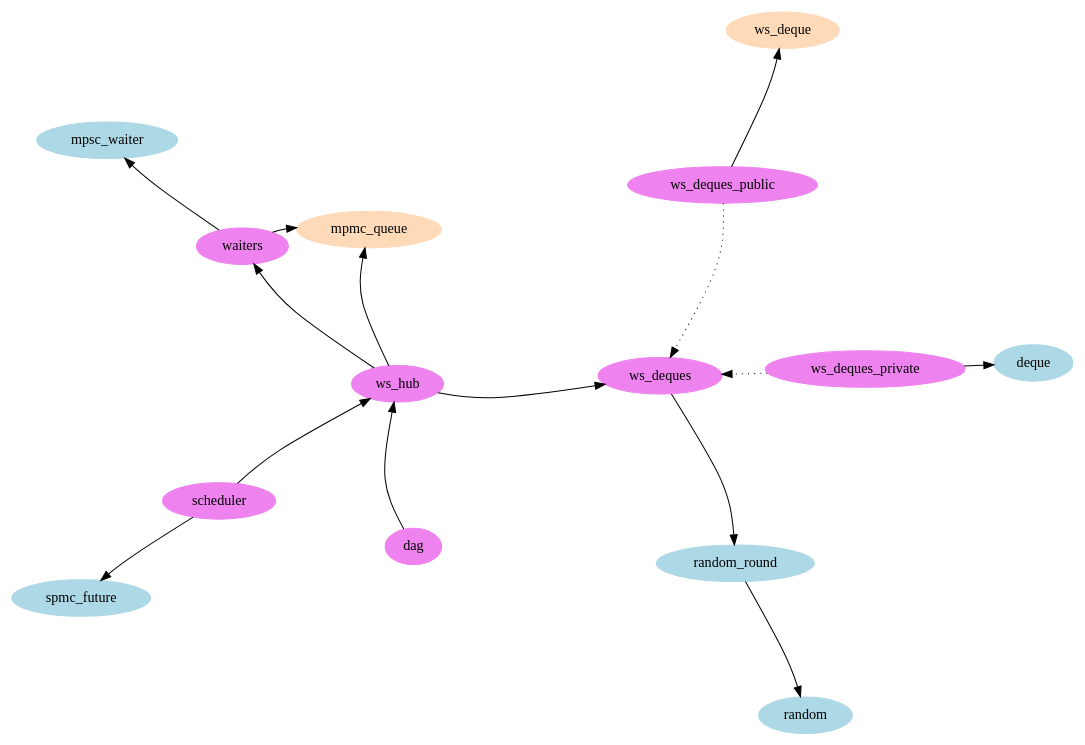
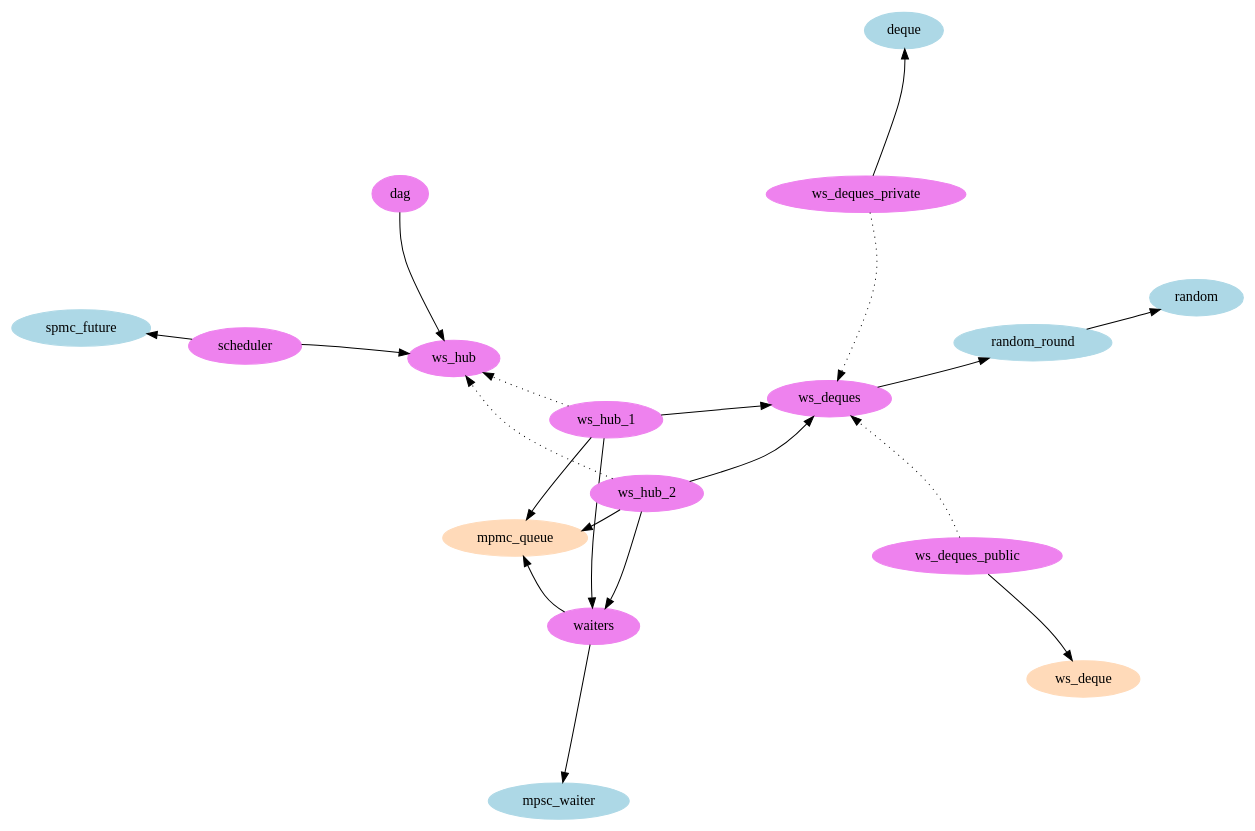
The diagram in doc/parabstr.dot (clef-men/zoo), drawn with Graphviz before and after one commit. The commit also changed 7 other files, not shown here.

```diff
--- a/doc/parabstr.dot
+++ b/doc/parabstr.dot
@@ -1,68 +1,76 @@
 digraph {
 	layout=sfdp
 	overlap=false
 	splines=curved
 
 	subgraph cluster_std {
 		label="std"
 		node [style=filled, color=lightblue]
 		/* array [label="array"] */
 		random [label="random"]
 		random_round [label="random_round"]
 		deque [label="deque"]
 		/* mutex [label="mutex"] */
 		/* condition [label="condition"] */
 		mpsc_waiter [label="mpsc_waiter"]
 		spmc_future [label="spmc_future"]
 	}
 
 	subgraph cluster_saturn {
 		label="saturn"
 		node [style=filled, color=peachpuff]
 		mpmc_queue [label="mpmc_queue"]
 		ws_deque [label="ws_deque"]
 	}
 
 	subgraph cluster_parabstr {
 		label="parabstr"
 		node [style=filled, color=violet]
 		ws_deques [label="ws_deques"]
 		ws_deques_public [label="ws_deques_public"]
 		ws_deques_private [label="ws_deques_private"]
 		waiters [label="waiters"]
 		ws_hub [label="ws_hub"]
+		ws_hub_1 [label="ws_hub_1"]
+		ws_hub_2 [label="ws_hub_2"]
 		scheduler [label="scheduler"]
 		dag [label="dag"]
 	}
 
 	random_round -> random
 	/* random_round -> array */
 
 	/* mpsc_waiter -> mutex */
 	/* mpsc_waiter -> condition */
 
 	/* spmc_future -> mutex */
 	/* spmc_future -> condition */
 
 	/* ws_deques_public -> array */
 	ws_deques_public -> ws_deque
 	ws_deques_public -> ws_deques [style=dotted]
 
 	/* ws_deques_private -> array */
 	ws_deques_private -> deque
 	ws_deques_private -> ws_deques [style=dotted]
 
 	ws_deques -> random_round
 
 	waiters -> mpsc_waiter
 	waiters -> mpmc_queue
 
-	ws_hub -> mpmc_queue
-	ws_hub -> ws_deques
-	ws_hub -> waiters
+	ws_hub_1 -> mpmc_queue
+	ws_hub_1 -> ws_deques
+	ws_hub_1 -> waiters
+	ws_hub_1 -> ws_hub [style=dotted]
+
+	ws_hub_2 -> mpmc_queue
+	ws_hub_2 -> ws_deques
+	ws_hub_2 -> waiters
+	ws_hub_2 -> ws_hub [style=dotted]
 
 	scheduler -> spmc_future
 	scheduler -> ws_hub
 
 	dag -> ws_hub
 }
```
